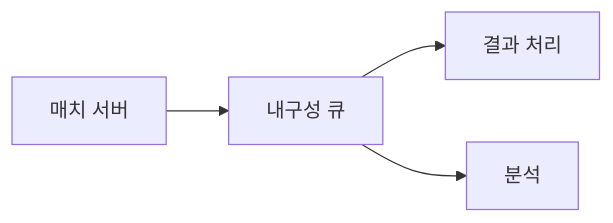
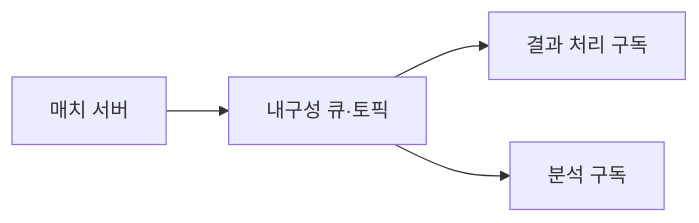
One commit to Rein-ArXiv/game-dev-curriculum changed the second of 2 diagrams in base/part12_online_game_servers.md. Above: the diagram before and after it, drawn with Mermaid. The commit also changed other lines of this file and 279 other files, not shown here.

````diff
--- a/base/part12_online_game_servers.md
+++ b/base/part12_online_game_servers.md
@@ -73,6 +73,6 @@
 ```mermaid
 flowchart LR
-    Match[매치 서버] --> Queue[내구성 큐]
-    Queue --> Result[결과 처리]
-    Queue --> Analytics[분석]
+    Match[매치 서버] --> Broker[내구성 큐·토픽]
+    Broker --> Result[결과 처리 구독]
+    Broker --> Analytics[분석 구독]
 ```
````
